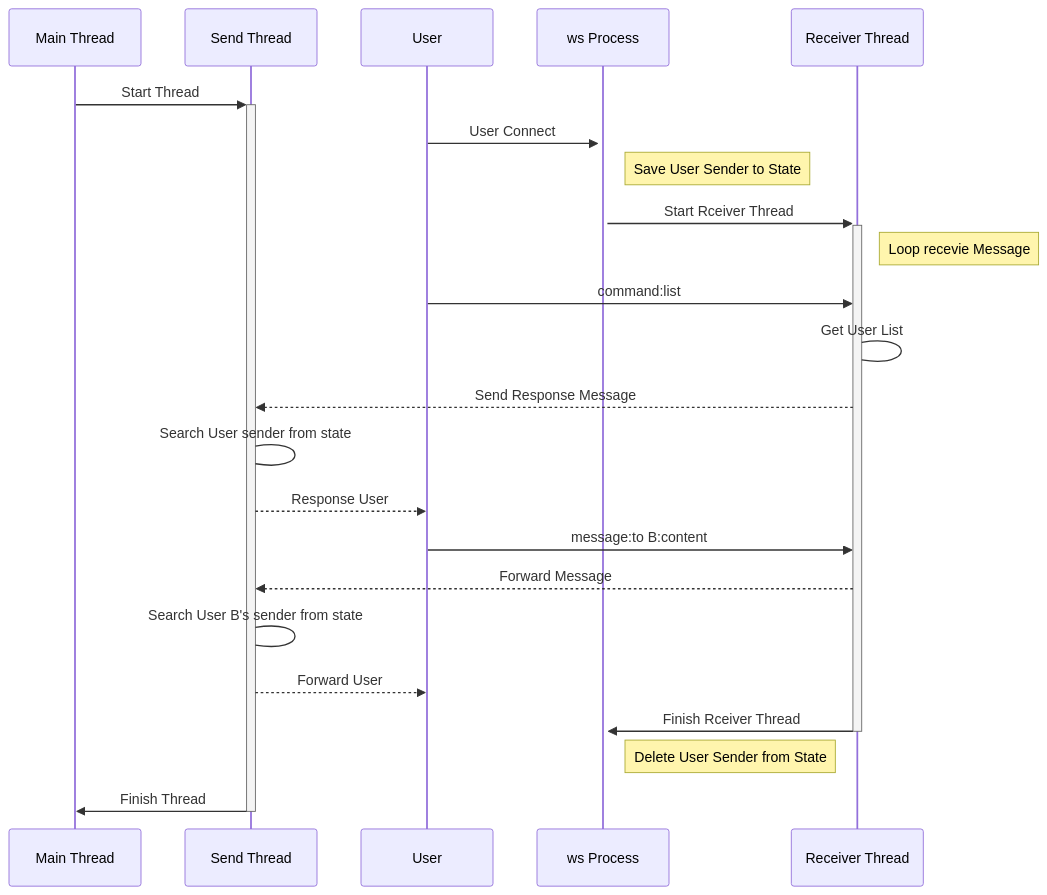
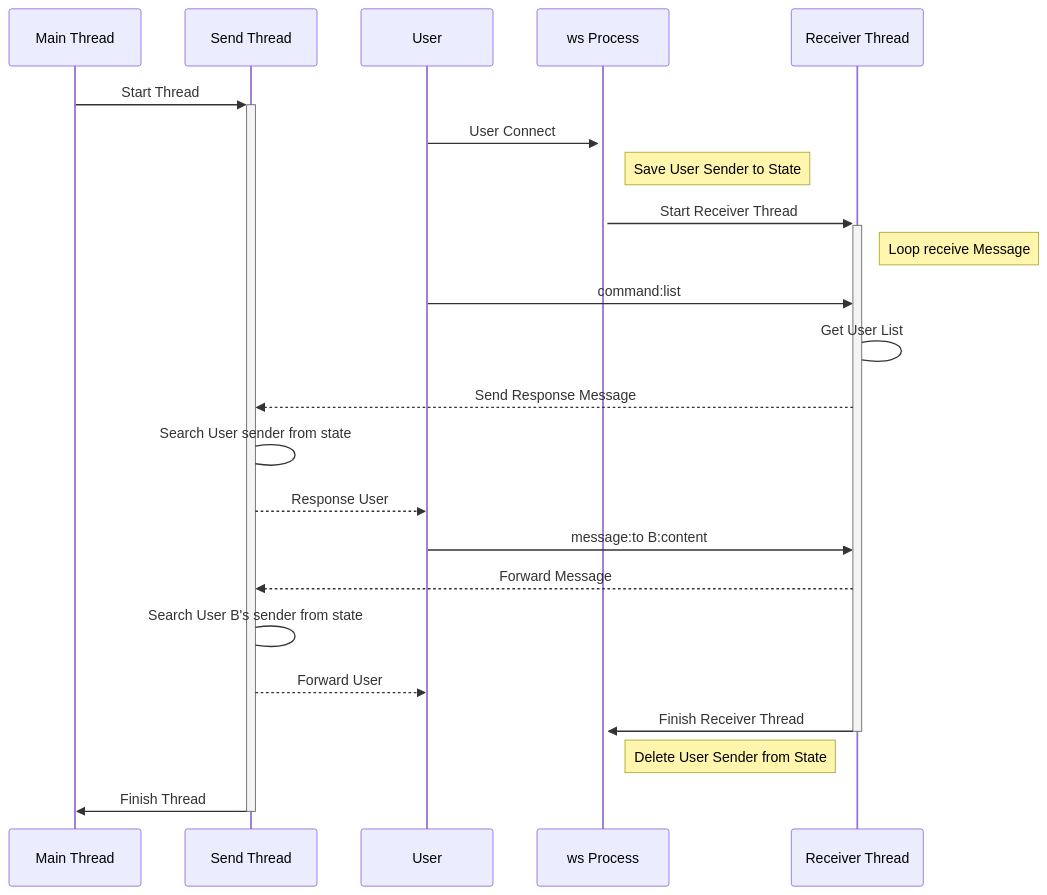
Before and after one commit to Kenny3Shen/MyRust: the diagram in axum-websocket-chat/websocket.md, drawn with Mermaid. The commit also changed 3 other files, not shown here.

````diff
--- a/axum-websocket-chat/websocket.md
+++ b/axum-websocket-chat/websocket.md
@@ -1,30 +1,30 @@
 ```mermaid
 sequenceDiagram
 participant M as Main Thread
 participant S as Send Thread
 participant U as User
 participant WS as ws Process
 participant R as Receiver Thread
 
 M ->>+ S: Start Thread
 U ->>+ WS: User Connect
 note right of WS: Save User Sender to State
-WS ->>+ R: Start Rceiver Thread
+WS ->>+ R: Start Receiver Thread
 
-note right of R: Loop recevie Message
+note right of R: Loop receive Message
 U ->> R: command:list
 R -> R: Get User List
 R -->> S: Send Response Message
 S -> S: Search User sender from state
 S -->>U: Response User
 
 U ->> R: message:to B:content
 R -->> S: Forward Message
 S -> S: Search User B's sender from state
 S -->>U: Forward User
 
-R ->>- WS: Finish Rceiver Thread
+R ->>- WS: Finish Receiver Thread
 note right of WS: Delete User Sender from State
 S ->>- M: Finish Thread
 
 ```
````
